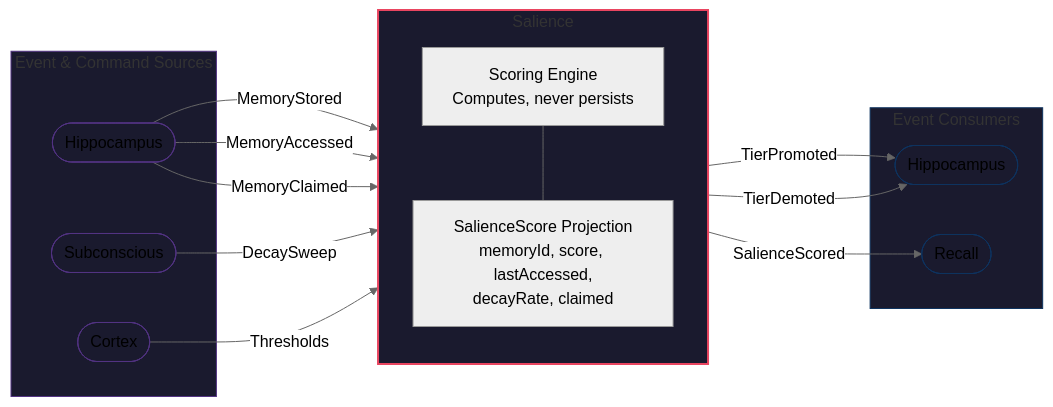
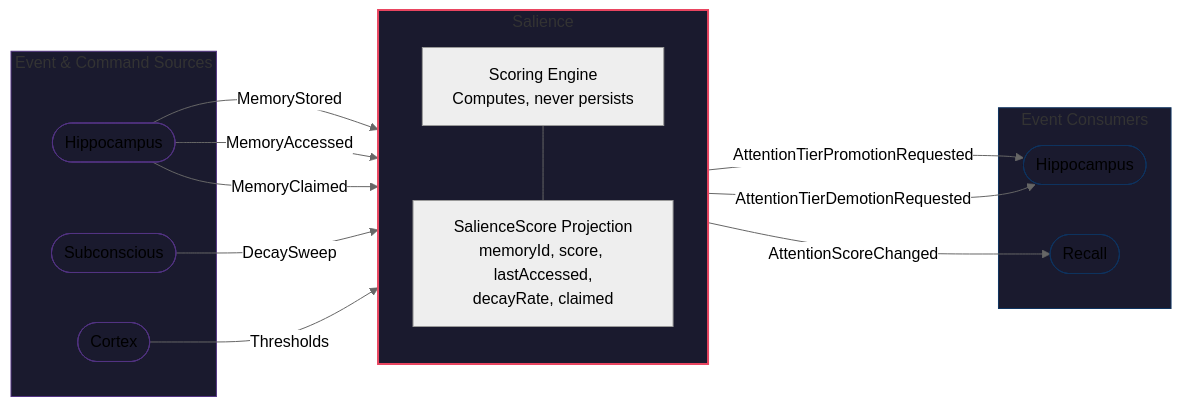
Before and after one commit to Mimis-Gildi/mcp-total-recall: the diagram in site/_includes/diagrams/sl-0001-salience.mmd, drawn with Mermaid (neutral theme). The commit also changed 109 other files, not shown here.

```diff
--- a/site/_includes/diagrams/sl-0001-salience.mmd
+++ b/site/_includes/diagrams/sl-0001-salience.mmd
@@ -1,37 +1,37 @@
 graph LR
     subgraph Sources ["Event & Command Sources"]
         HP_IN(["Hippocampus"])
         SB(["Subconscious"])
         CX(["Cortex"])
     end
 
     subgraph SL ["Salience"]
         direction TB
         ENGINE["Scoring Engine<br/>Computes, never persists"]
         PROJ["SalienceScore Projection<br/>memoryId, score, lastAccessed,<br/>decayRate, claimed"]
         ENGINE --- PROJ
     end
 
     subgraph Consumers ["Event Consumers"]
         HP_OUT(["Hippocampus"])
         RC(["Recall"])
     end
 
     HP_IN -- "MemoryStored" --> SL
     HP_IN -- "MemoryAccessed" --> SL
     HP_IN -- "MemoryClaimed" --> SL
     SB -- "DecaySweep" --> SL
     CX -- "Thresholds" --> SL
 
-    SL -- "TierPromoted" --> HP_OUT
-    SL -- "TierDemoted" --> HP_OUT
-    SL -- "SalienceScored" --> RC
+    SL -- "AttentionTierPromotionRequested" --> HP_OUT
+    SL -- "AttentionTierDemotionRequested" --> HP_OUT
+    SL -- "AttentionScoreChanged" --> RC
 
     style Sources fill:#1a1a2e,stroke:#533483,stroke-width:1px
     style SL fill:#1a1a2e,stroke:#e94560,stroke-width:2px
     style Consumers fill:#1a1a2e,stroke:#0f3460,stroke-width:1px
     style HP_IN fill:#1a1a2e,stroke:#533483,stroke-width:1px
     style SB fill:#1a1a2e,stroke:#533483,stroke-width:1px
     style CX fill:#1a1a2e,stroke:#533483,stroke-width:1px
     style HP_OUT fill:#1a1a2e,stroke:#0f3460,stroke-width:1px
     style RC fill:#1a1a2e,stroke:#0f3460,stroke-width:1px
```
